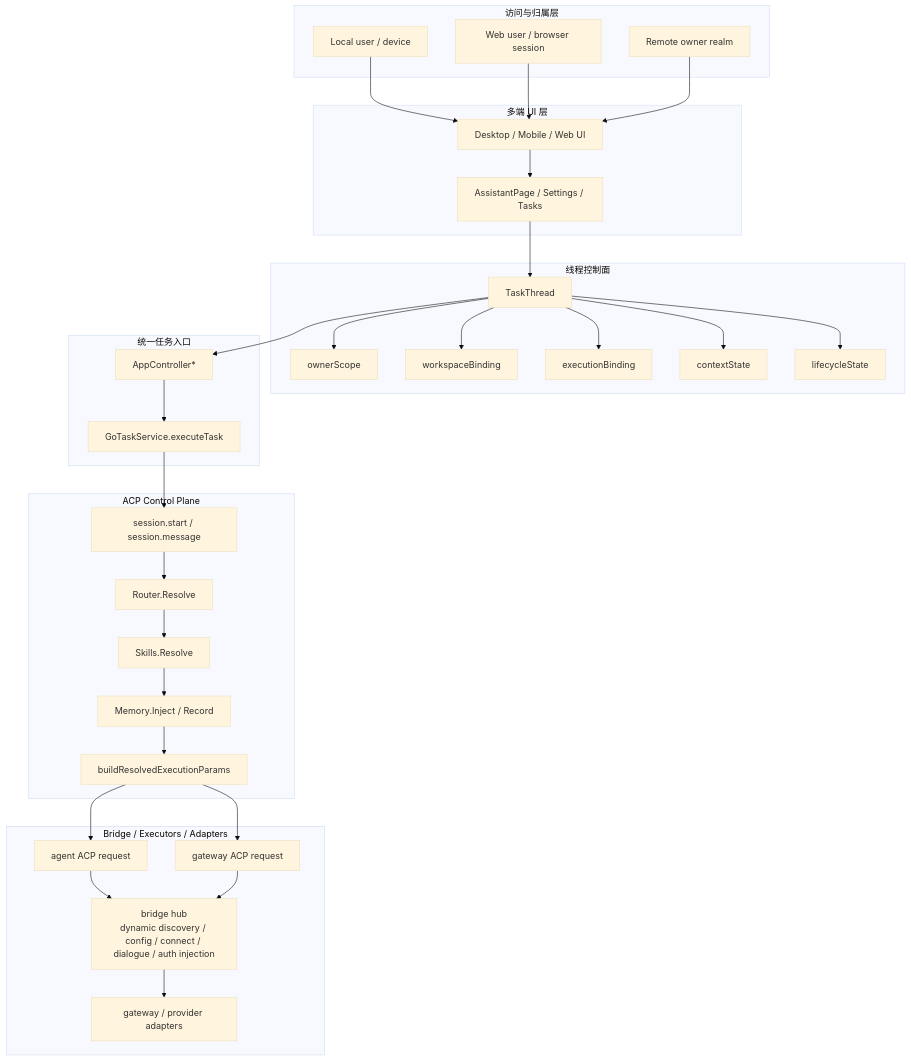
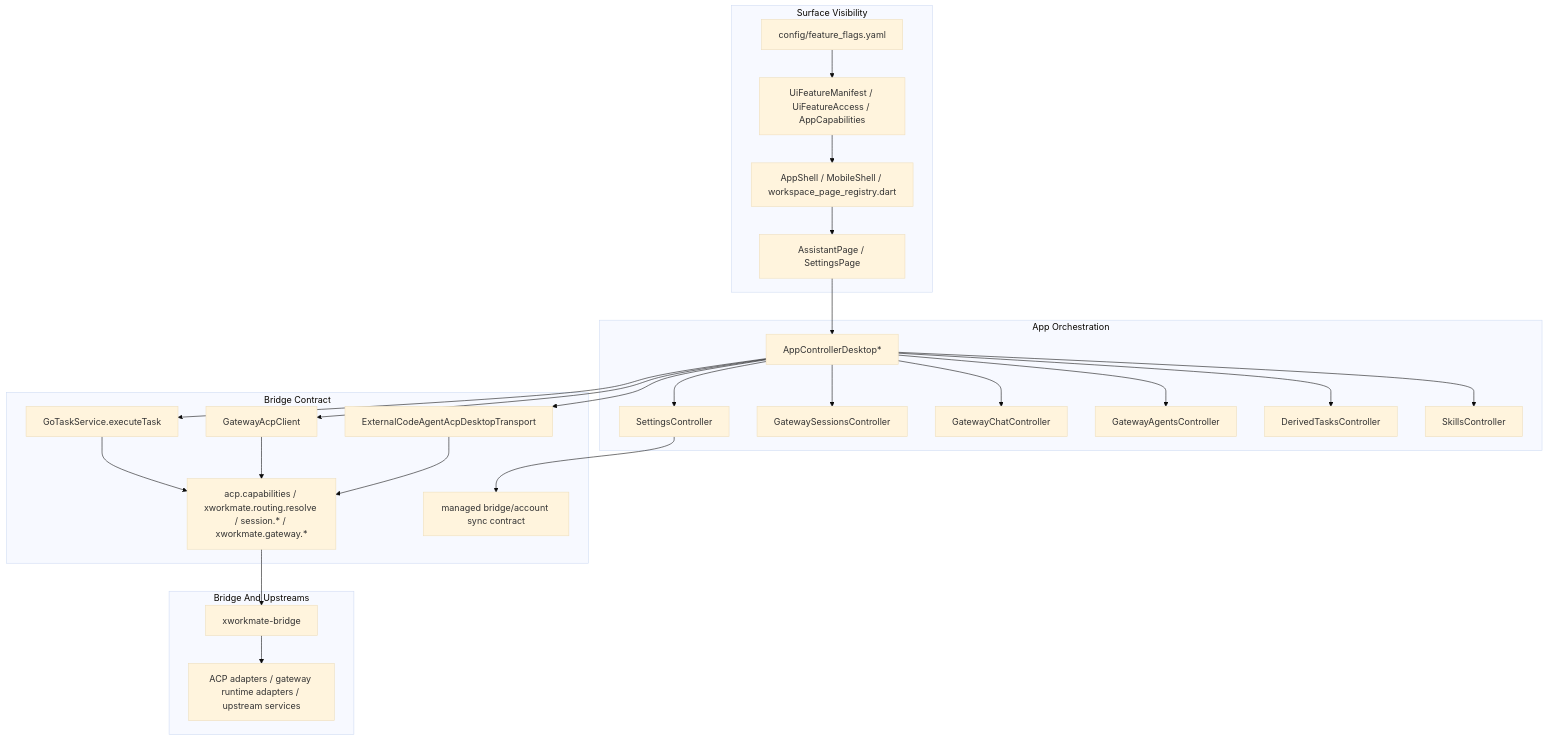
The diagram in docs/architecture/xworkmate-layered-architecture.md (x-evor/xworkmate-app), drawn with Mermaid (base theme) before and after one commit. The commit also changed other lines of this file and 3 other files, not shown here.

Commit message:
docs: align app architecture to bridge mainline

````diff
--- a/docs/architecture/xworkmate-layered-architecture.md
+++ b/docs/architecture/xworkmate-layered-architecture.md
@@ -20,65 +18,49 @@
 ```mermaid
-flowchart TB
-    subgraph L1["访问与归属层"]
-        A1["Local user / device"]
-        A2["Web user / browser session"]
-        A3["Remote owner realm"]
+flowchart TD
+    subgraph L1["Surface Visibility"]
+        A1["config/feature_flags.yaml"]
+        A2["UiFeatureManifest / UiFeatureAccess / AppCapabilities"]
+        A3["AppShell / MobileShell / workspace_page_registry.dart"]
+        A4["AssistantPage / SettingsPage"]
     end
 
-    subgraph L2["多端 UI 层"]
-        B1["Desktop / Mobile / Web UI"]
-        B2["AssistantPage / Settings / Tasks"]
+    subgraph L2["App Orchestration"]
+        B1["AppControllerDesktop*"]
+        B2["SettingsController"]
+        B3["GatewaySessionsController"]
+        B4["GatewayChatController"]
+        B5["GatewayAgentsController"]
+        B6["DerivedTasksController"]
+        B7["SkillsController"]
     end
 
-    subgraph L3["线程控制面"]
-        C1["TaskThread"]
-        C2["ownerScope"]
-        C3["workspaceBinding"]
-        C4["executionBinding"]
-        C5["contextState"]
-        C6["lifecycleState"]
+    subgraph L3["Bridge Contract"]
+        C1["GoTaskService.executeTask"]
+        C2["GatewayAcpClient"]
+        C3["ExternalCodeAgentAcpDesktopTransport"]
+        C4["acp.capabilities / xworkmate.routing.resolve / session.* / xworkmate.gateway.*"]
+        C5["managed bridge/account sync contract"]
     end
 
-    subgraph L4["统一任务入口"]
-        D1["AppController*"]
-        D2["GoTaskService.executeTask"]
+    subgraph L4["Bridge And Upstreams"]
+        D1["xworkmate-bridge"]
+        D2["ACP adapters / gateway runtime adapters / upstream services"]
     end
 
-    subgraph L5["ACP Control Plane"]
-        E1["session.start / session.message"]
-        E2["Router.Resolve"]
-        E3["Skills.Resolve"]
-        E4["Memory.Inject / Record"]
-        E5["buildResolvedExecutionParams"]
-    end
-
-    subgraph L6["Bridge / Executors / Adapters"]
-        F1["agent ACP request"]
-        F2["gateway ACP request"]
-        F3["bridge hub<br/>dynamic discovery / config / connect / dialogue / auth injection"]
-        F4["gateway / provider adapters"]
-    end
-
-    A1 --> B1
-    A2 --> B1
-    A3 --> B1
+    A1 --> A2 --> A3 --> A4
+    A4 --> B1
     B1 --> B2
-    B2 --> C1
-    C1 --> C2
-    C1 --> C3
+    B1 --> B3
+    B1 --> B4
+    B1 --> B5
+    B1 --> B6
+    B1 --> B7
+    B1 --> C1
+    B1 --> C2
+    B1 --> C3
+    B2 --> C5
     C1 --> C4
-    C1 --> C5
-    C1 --> C6
-    C1 --> D1
-    D1 --> D2
-    D2 --> E1
-    E1 --> E2
-    E2 --> E3
-    E3 --> E4
-    E4 --> E5
-    E5 --> F1
-    E5 --> F2
-    F1 --> F3
-    F2 --> F3
-    F3 --> F4
+    C2 --> C4
+    C3 --> C4
+    C4 --> D1 --> D2
 ```
````
